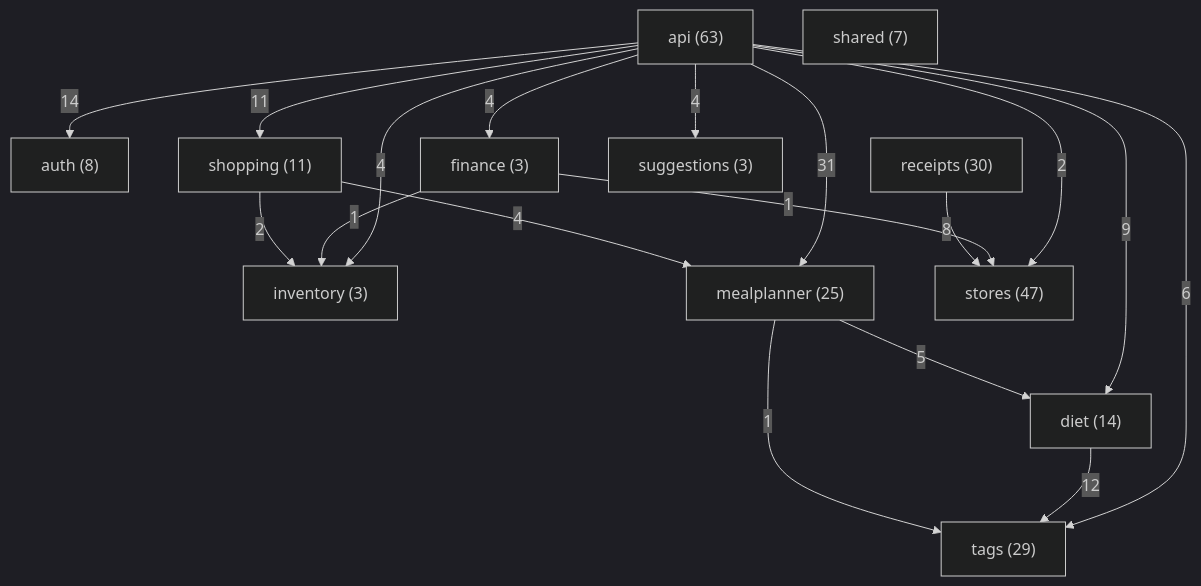
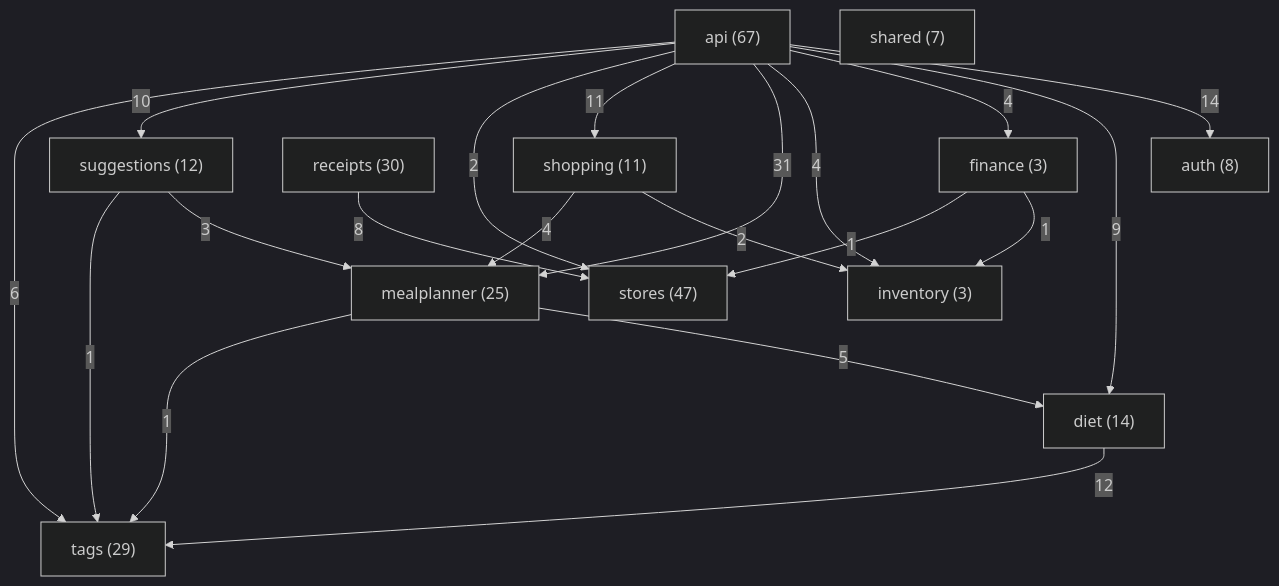
The diagram in docs/classes/README.md (Nate-ryan-7690/dahaem), drawn with Mermaid (dark theme) before and after one commit. The commit also changed other lines of this file and 23 other files, not shown here.

First line of the commit message:
Pantry-first suggestions: GET /api/suggestions/pantry (use up the pantry, fewest to buy, offers per store)

````diff
--- a/docs/classes/README.md
+++ b/docs/classes/README.md
@@ -9,32 +9,34 @@
 ```mermaid
 flowchart TD
-    api["api (63)"]
+    api["api (67)"]
     auth["auth (8)"]
     diet["diet (14)"]
     finance["finance (3)"]
     inventory["inventory (3)"]
     mealplanner["mealplanner (25)"]
     receipts["receipts (30)"]
     shared["shared (7)"]
     shopping["shopping (11)"]
     stores["stores (47)"]
-    suggestions["suggestions (3)"]
+    suggestions["suggestions (12)"]
     tags["tags (29)"]
     api -->|14| auth
     api -->|9| diet
     api -->|4| finance
     api -->|4| inventory
     api -->|31| mealplanner
     api -->|11| shopping
     api -->|2| stores
-    api -->|4| suggestions
+    api -->|10| suggestions
     api -->|6| tags
     diet -->|12| tags
     finance -->|1| inventory
     finance -->|1| stores
     mealplanner -->|5| diet
     mealplanner -->|1| tags
     receipts -->|8| stores
     shopping -->|2| inventory
     shopping -->|4| mealplanner
+    suggestions -->|3| mealplanner
+    suggestions -->|1| tags
 ```
````
